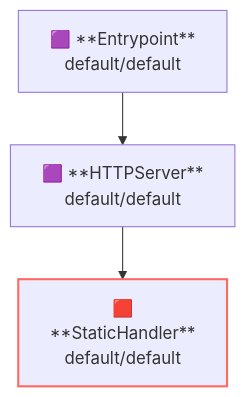
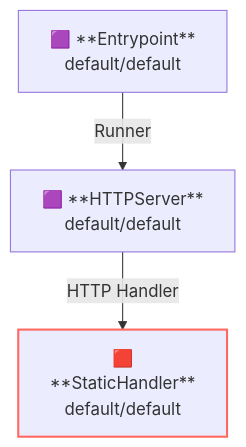
One commit to aileron-gateway/aileron-gateway changed the second of 2 diagrams in examples/static/README.md. Above: the diagram before and after it, drawn with Mermaid. The commit also changed other lines of this file and 244 other files, not shown here.

````diff
--- a/examples/static/README.md
+++ b/examples/static/README.md
@@ -85,11 +62,11 @@
 ```mermaid
 graph TD
   Entrypoint["🟪 **Entrypoint**</br>default/default"]
   HTTPServer["🟪 **HTTPServer**</br>default/default"]
   StaticHandler["🟥</br>**StaticHandler**</br>default/default"]
 
-Entrypoint --> HTTPServer
-HTTPServer --> StaticHandler
+Entrypoint --"Runner"--> HTTPServer
+HTTPServer --"HTTP Handler"--> StaticHandler
 
 style StaticHandler stroke:#ff6961,stroke-width:2px
 ```
````
